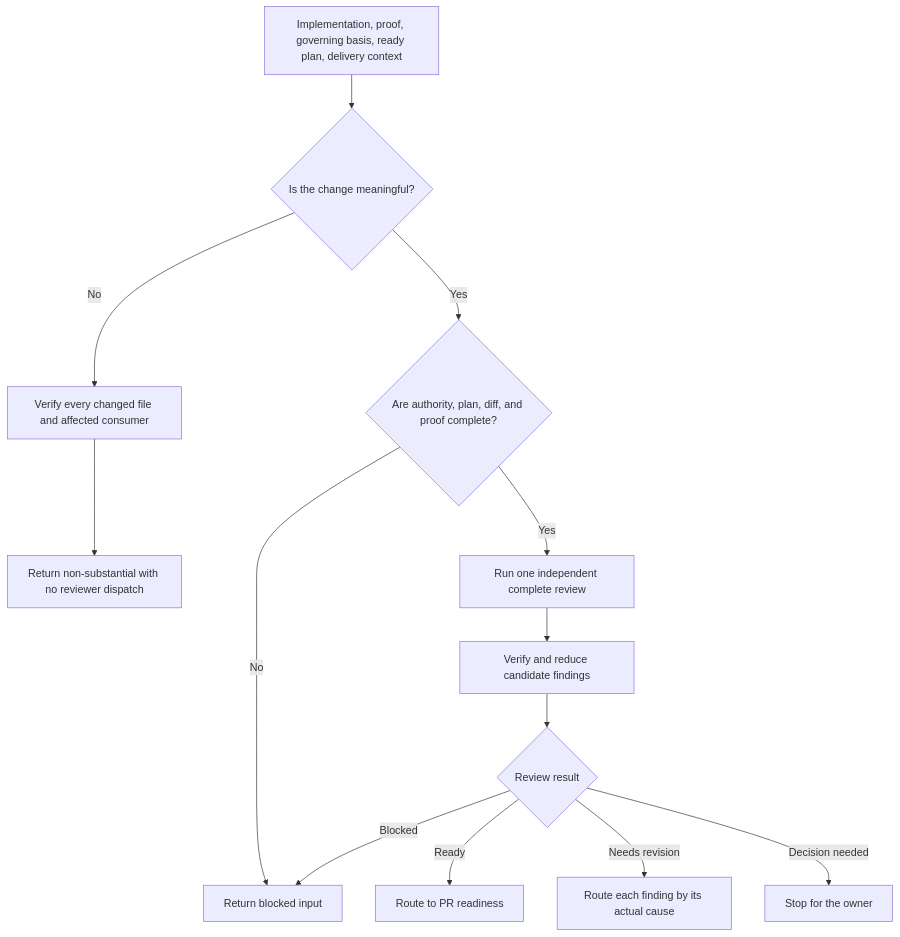
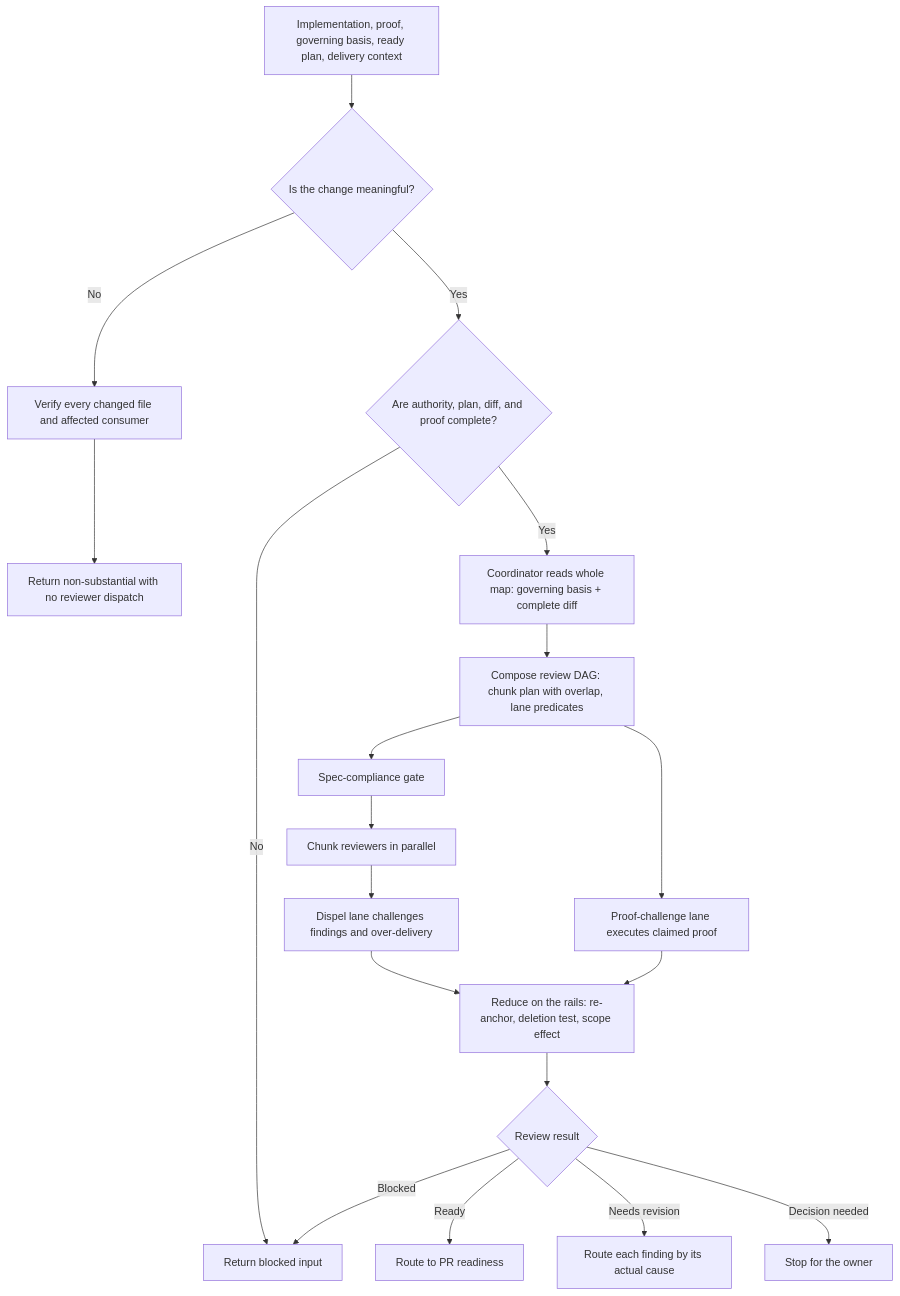
Before and after one commit to ShravanSunder/ai-tools: the diagram in plugins/shravan-dev-workflow/skills/implementation-review/README.md, drawn with Mermaid. The commit also changed other lines of this file and 32 other files, not shown here.

First line of the commit message:
feat(workflow): coordinate implementation review by rails

````diff
--- a/plugins/shravan-dev-workflow/skills/implementation-review/README.md
+++ b/plugins/shravan-dev-workflow/skills/implementation-review/README.md
@@ -9,15 +9,21 @@
 ```mermaid
 flowchart TD
     A[Implementation, proof, governing basis, ready plan, delivery context] --> B{Is the change meaningful?}
     B -- No --> C[Verify every changed file and affected consumer]
     C --> D[Return non-substantial with no reviewer dispatch]
     B -- Yes --> E{Are authority, plan, diff, and proof complete?}
     E -- No --> F[Return blocked input]
-    E -- Yes --> G[Run one independent complete review]
-    G --> H[Verify and reduce candidate findings]
-    H --> I{Review result}
-    I -- Ready --> J[Route to PR readiness]
-    I -- Needs revision --> K[Route each finding by its actual cause]
-    I -- Decision needed --> L[Stop for the owner]
-    I -- Blocked --> F
+    E -- Yes --> G[Coordinator reads whole map: governing basis + complete diff]
+    G --> H[Compose review DAG: chunk plan with overlap, lane predicates]
+    H --> I[Spec-compliance gate]
+    I --> J[Chunk reviewers in parallel]
+    J --> K[Dispel lane challenges findings and over-delivery]
+    H --> L[Proof-challenge lane executes claimed proof]
+    K --> M[Reduce on the rails: re-anchor, deletion test, scope effect]
+    L --> M
+    M --> N{Review result}
+    N -- Ready --> O[Route to PR readiness]
+    N -- Needs revision --> P[Route each finding by its actual cause]
+    N -- Decision needed --> Q[Stop for the owner]
+    N -- Blocked --> F
 ```
````
